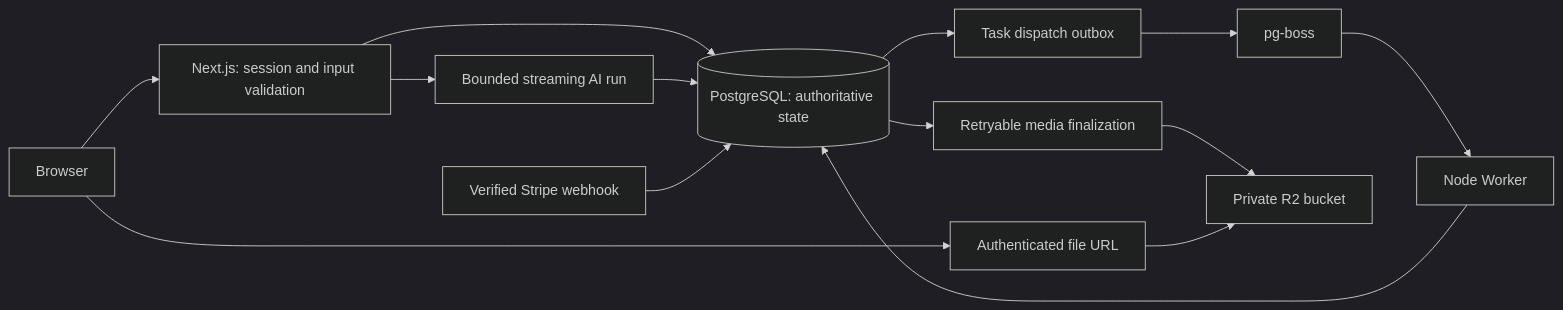
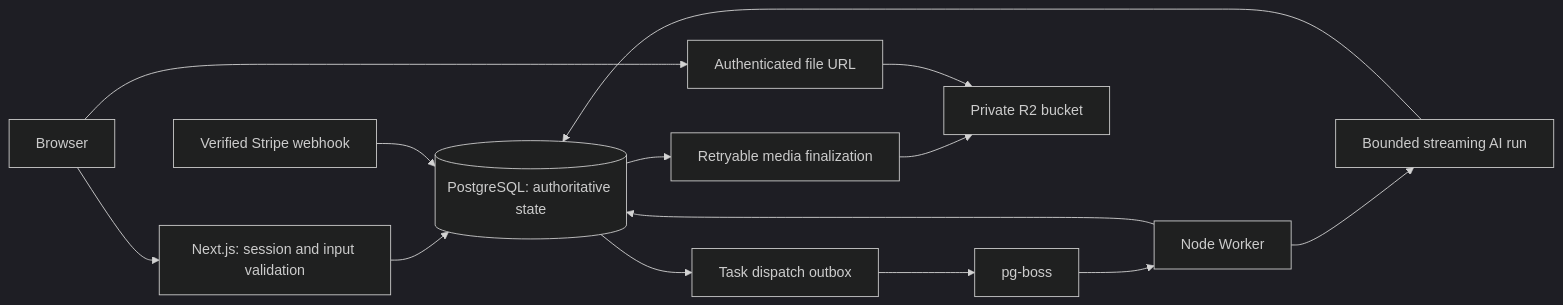
Before and after one commit to UllrAI/SaaS-Starter: the diagram in docs/architecture-remediation.md, drawn with Mermaid (dark theme). The commit also changed other lines of this file and 76 other files, not shown here.

````diff
--- a/docs/architecture-remediation.md
+++ b/docs/architecture-remediation.md
@@ -7,16 +7,16 @@
 ```mermaid
 flowchart LR
   Browser --> Web[Next.js: session and input validation]
   Web --> DB[(PostgreSQL: authoritative state)]
   DB --> Outbox[Task dispatch outbox]
   Outbox --> Queue[pg-boss]
   Queue --> Worker[Node Worker]
   Worker --> DB
-  Web --> Agent[Bounded streaming AI run]
+  Worker --> Agent[Bounded streaming AI run]
   Agent --> DB
   DB --> Media[Retryable media finalization]
   Media --> R2[Private R2 bucket]
   Browser --> Download[Authenticated file URL]
   Download --> R2
   Stripe[Verified Stripe webhook] --> DB
 ```
````
